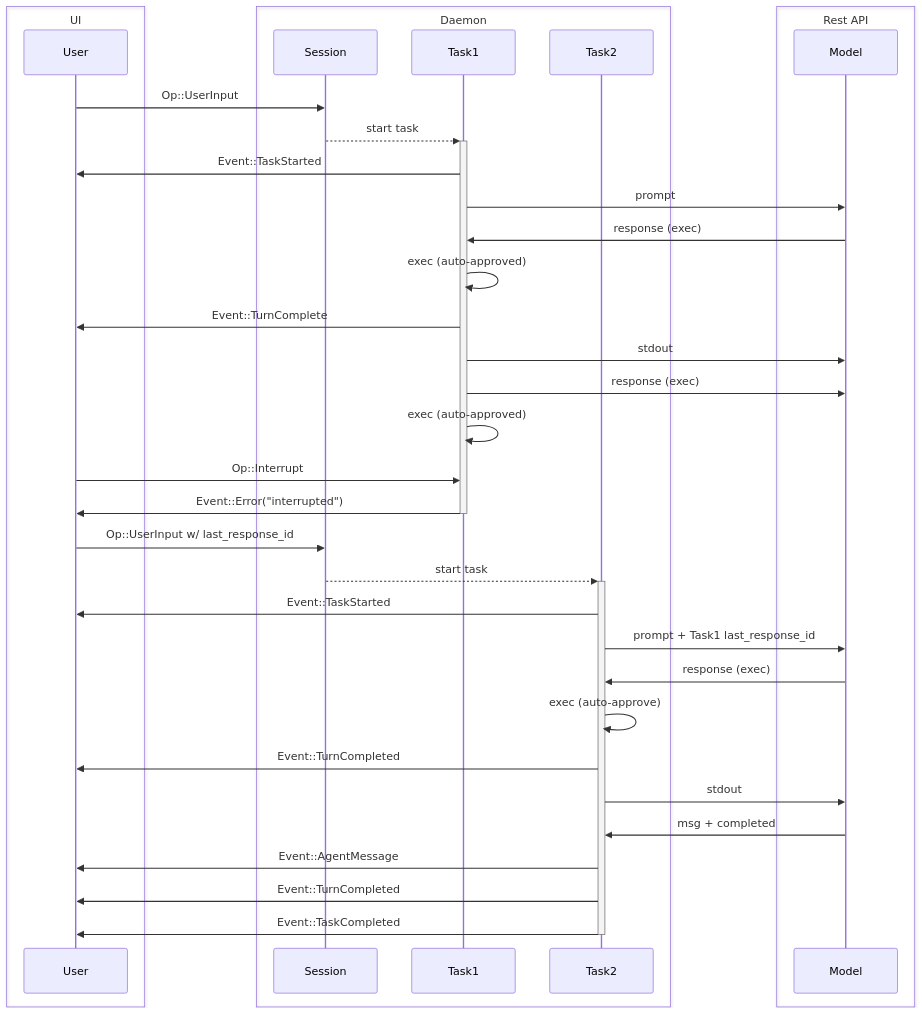
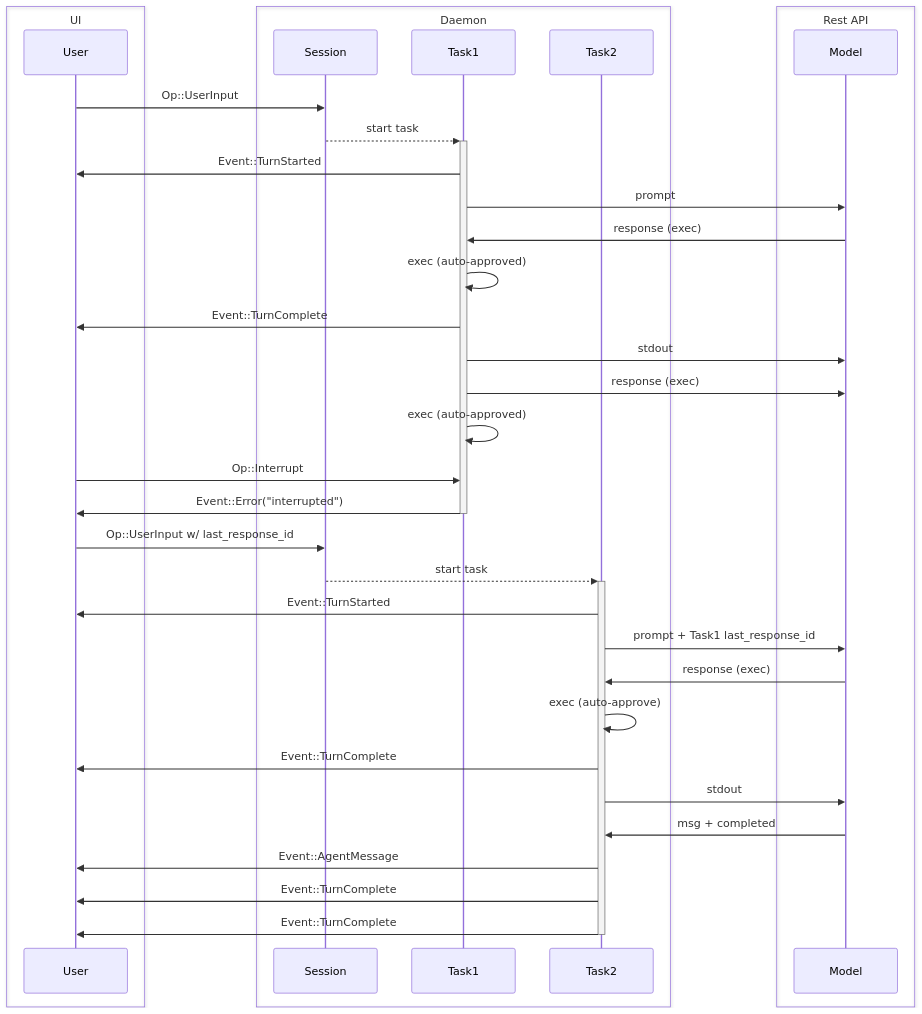
The second of 2 diagrams in codex-rs/docs/protocol_v1.md (rexl2018/codex), drawn with Mermaid before and after one commit. The commit also changed other lines of this file and 519 other files, not shown here.

````diff
--- a/codex-rs/docs/protocol_v1.md
+++ b/codex-rs/docs/protocol_v1.md
@@ -138,38 +140,38 @@
 ```mermaid
 sequenceDiagram
     box UI
     participant user as User
     end
     box Daemon
     participant session as Session
     participant task1 as Task1
     participant task2 as Task2
     end
     box Rest API
     participant agent as Model
     end
     user->>session: Op::UserInput
     session-->>+task1: start task
-    task1->>user: Event::TaskStarted
+    task1->>user: Event::TurnStarted
     task1->>agent: prompt
     agent->>task1: response (exec)
     task1->>task1: exec (auto-approved)
     task1->>user: Event::TurnComplete
     task1->>agent: stdout
     task1->>agent: response (exec)
     task1->>task1: exec (auto-approved)
     user->>task1: Op::Interrupt
     task1->>-user: Event::Error("interrupted")
     user->>session: Op::UserInput w/ last_response_id
     session-->>+task2: start task
-    task2->>user: Event::TaskStarted
+    task2->>user: Event::TurnStarted
     task2->>agent: prompt + Task1 last_response_id
     agent->>task2: response (exec)
     task2->>task2: exec (auto-approve)
-    task2->>user: Event::TurnCompleted
+    task2->>user: Event::TurnComplete
     task2->>agent: stdout
     agent->>task2: msg + completed
     task2->>user: Event::AgentMessage
-    task2->>user: Event::TurnCompleted
-    task2->>-user: Event::TaskCompleted
+    task2->>user: Event::TurnComplete
+    task2->>-user: Event::TurnComplete
 ```
````
